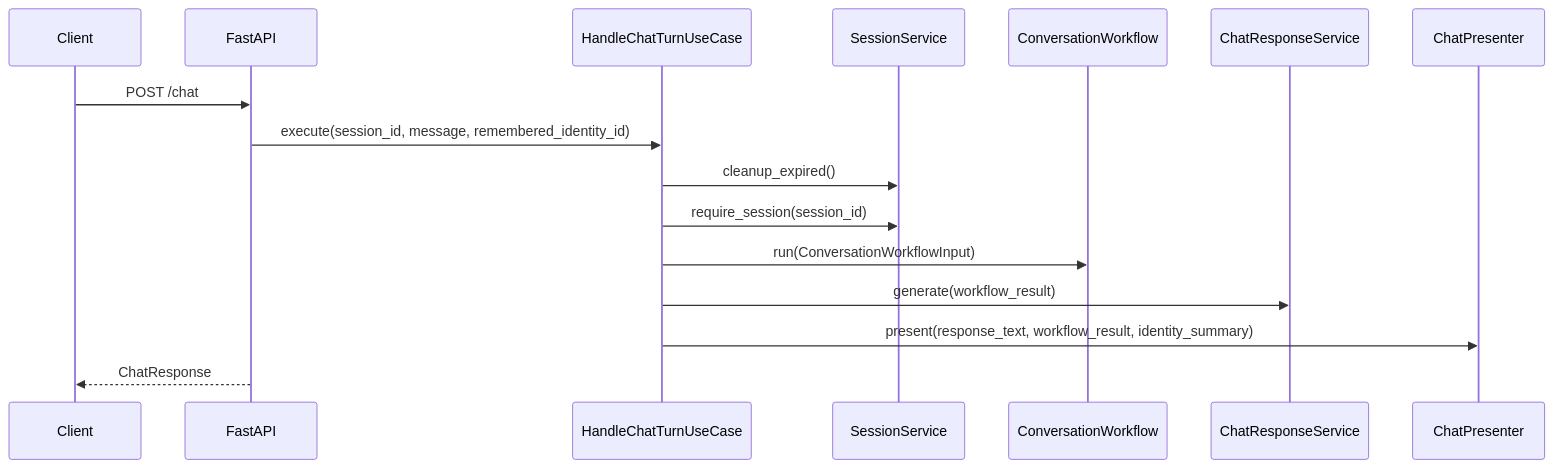
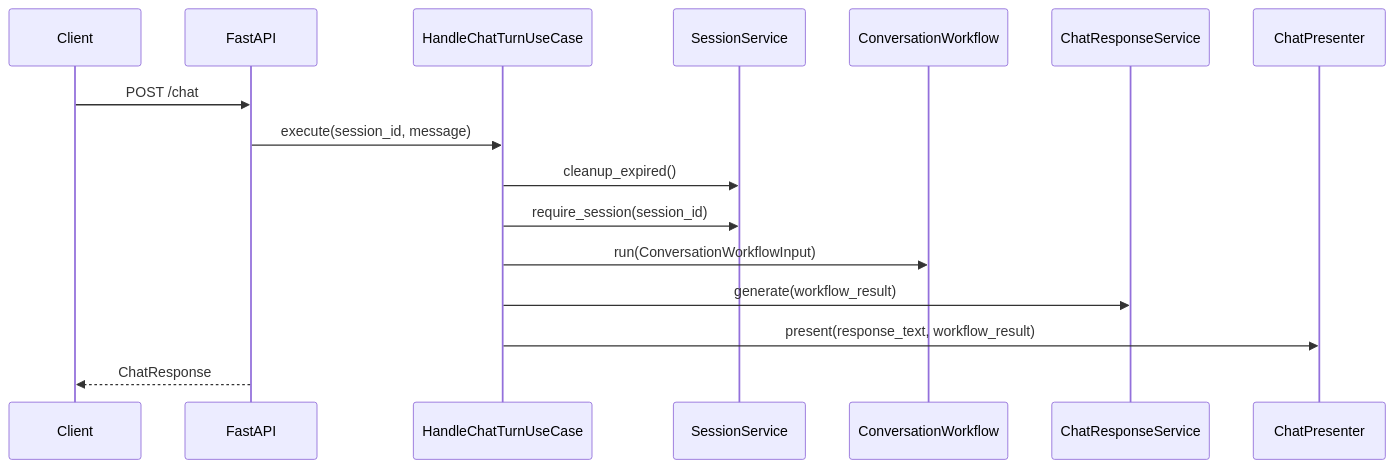
One commit to ktakanopy/appointment-bot changed the fourth of 4 diagrams in docs/architecture.md. Above: the diagram before and after it, drawn with Mermaid. The commit also changed other lines of this file and 47 other files, not shown here.

First line of the commit message:
Remove remembered identity from delivered scope

````diff
--- a/docs/architecture.md
+++ b/docs/architecture.md
@@ -164,19 +157,19 @@
 ```mermaid
 sequenceDiagram
     participant client as Client
     participant api as FastAPI
     participant uc as HandleChatTurnUseCase
     participant sessionSvc as SessionService
     participant workflow as ConversationWorkflow
     participant responseSvc as ChatResponseService
     participant presenter as ChatPresenter
 
     client->>api: POST /chat
-    api->>uc: execute(session_id, message, remembered_identity_id)
+    api->>uc: execute(session_id, message)
     uc->>sessionSvc: cleanup_expired()
     uc->>sessionSvc: require_session(session_id)
     uc->>workflow: run(ConversationWorkflowInput)
     uc->>responseSvc: generate(workflow_result)
-    uc->>presenter: present(response_text, workflow_result, identity_summary)
+    uc->>presenter: present(response_text, workflow_result)
     api-->>client: ChatResponse
 ```
````
